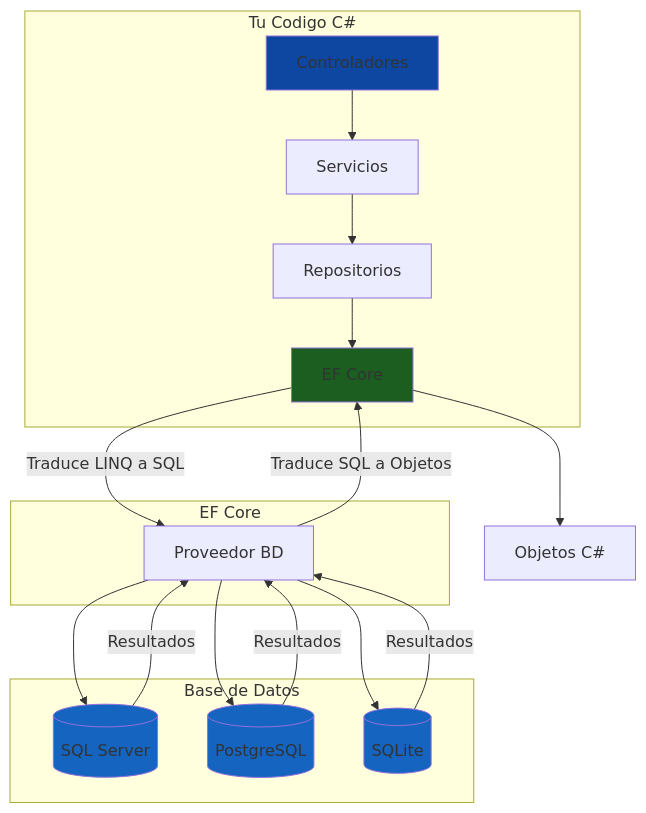
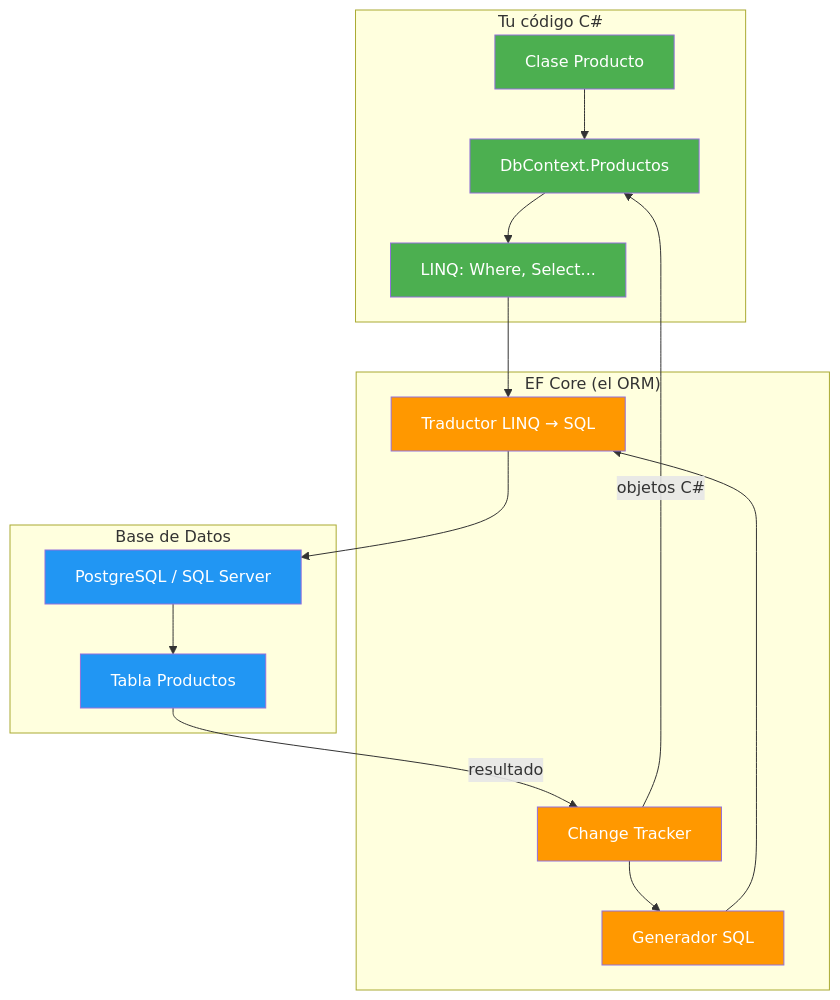
One commit to joseluisgs/DesarrolloWebEntornosServidor-02-2026-2027 changed the first of 5 diagrams in 12-entity-framework-core.md. Above: the diagram before and after it, drawn with Mermaid. The commit also changed other lines of this file, not shown here.

First line of the commit message:
[feat] UD02 Tema 12: Ampliación completa de Entity Framework Core

````diff
--- a/12-entity-framework-core.md
+++ b/12-entity-framework-core.md
@@ -68,30 +139,32 @@
 ```mermaid
-flowchart TD
-    subgraph "Tu Codigo C#"
-        A1[Controladores] --> A2[Servicios]
-        A2 --> A3[Repositorios]
-        A3 --> A4[EF Core]
+flowchart TB
+    subgraph "Tu código C#"
+        A1["Clase Producto"] --> A2["DbContext.Productos"]
+        A2 --> A3["LINQ: Where, Select..."]
     end
-    
-    subgraph "EF Core"
-        A4 -->|Traduce LINQ a SQL| B1[Proveedor BD]
+
+    subgraph "EF Core (el ORM)"
+        B1["Change Tracker"] --> B2["Generador SQL"]
+        B2 --> B3["Traductor LINQ → SQL"]
     end
-    
+
     subgraph "Base de Datos"
-        B1 --> C1[(SQL Server)]
-        B1 --> C2[(PostgreSQL)]
-        B1 --> C3[(SQLite)]
+        C1["PostgreSQL / SQL Server"]
+        C2["Tabla Productos"]
     end
-    
-    C1 -->|Resultados| B1
-    C2 -->|Resultados| B1
-    C3 -->|Resultados| B1
-    B1 -->|Traduce SQL a Objetos| A4
-    A4 --> D1[Objetos C#]
-    
-    style A1 fill:#0D47A1
-    style A4 fill:#1B5E20
-    style C1 fill:#1565C0
-    style C2 fill:#1565C0
-    style C3 fill:#1565C0
+
+    A3 --> B3
+    B3 --> C1
+    C1 --> C2
+    C2 -->|"resultado"| B1
+    B1 -->|"objetos C#"| A2
+
+    style A1 fill:#4CAF50,color:#fff
+    style A2 fill:#4CAF50,color:#fff
+    style A3 fill:#4CAF50,color:#fff
+    style B1 fill:#FF9800,color:#fff
+    style B2 fill:#FF9800,color:#fff
+    style B3 fill:#FF9800,color:#fff
+    style C1 fill:#2196F3,color:#fff
+    style C2 fill:#2196F3,color:#fff
 ```
````
